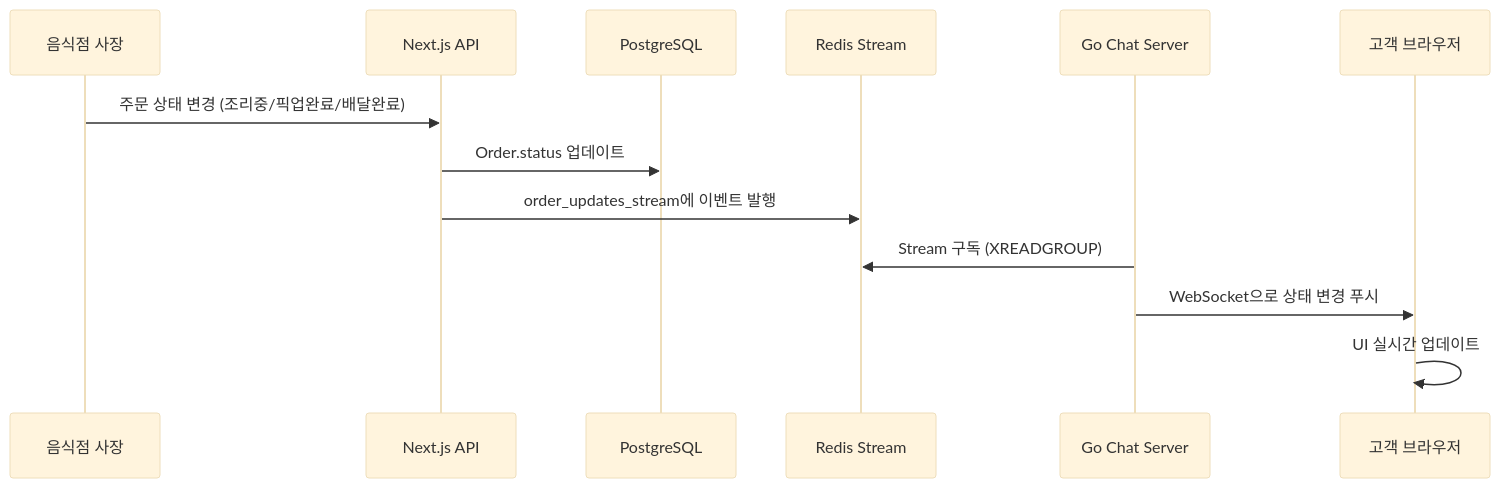
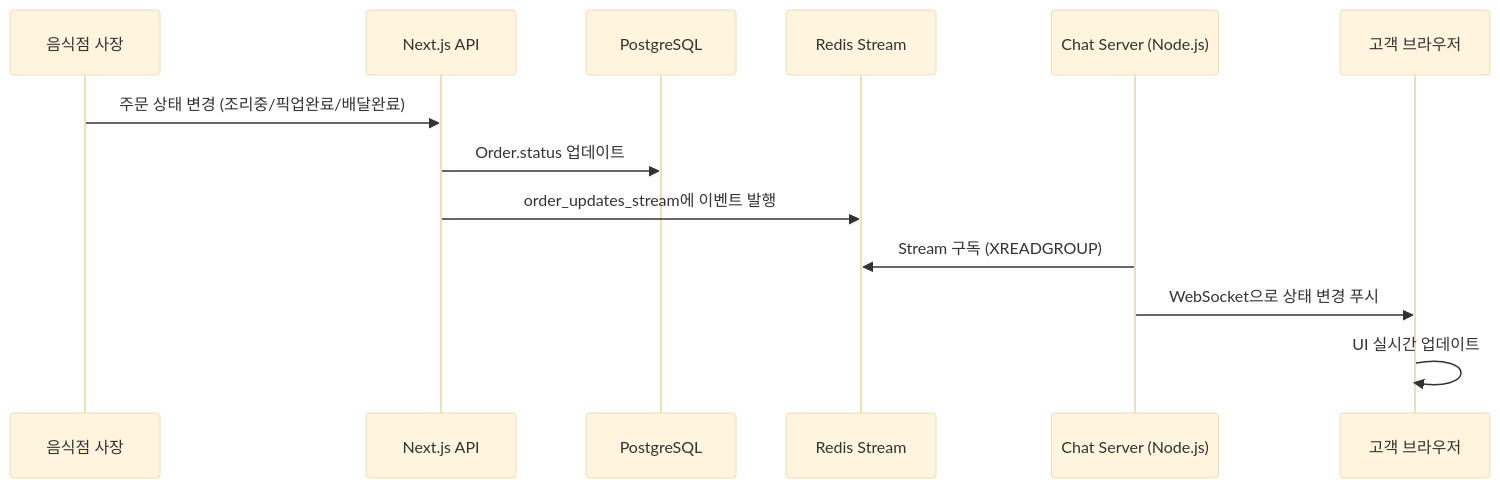
Before and after one commit to JunPyo0117/B-Delivery: the second of 3 diagrams in docs/architecture.md, drawn with Mermaid (base theme). The commit also changed other lines of this file, not shown here.

Commit message:
WIP(docs): 아키텍처 문서 Go → Node.js 채팅 서버로 변경 반영

````diff
--- a/docs/architecture.md
+++ b/docs/architecture.md
@@ -18,16 +18,16 @@
 ```mermaid
 sequenceDiagram
   participant Owner as 음식점 사장
   participant API as Next.js API
   participant DB as PostgreSQL
   participant Redis as Redis Stream
-  participant Go as Go Chat Server
+  participant Chat as Chat Server (Node.js)
   participant Customer as 고객 브라우저
 
   Owner->>API: 주문 상태 변경 (조리중/픽업완료/배달완료)
   API->>DB: Order.status 업데이트
   API->>Redis: order_updates_stream에 이벤트 발행
-  Go->>Redis: Stream 구독 (XREADGROUP)
-  Go->>Customer: WebSocket으로 상태 변경 푸시
+  Chat->>Redis: Stream 구독 (XREADGROUP)
+  Chat->>Customer: WebSocket으로 상태 변경 푸시
   Customer->>Customer: UI 실시간 업데이트
 ```
````
